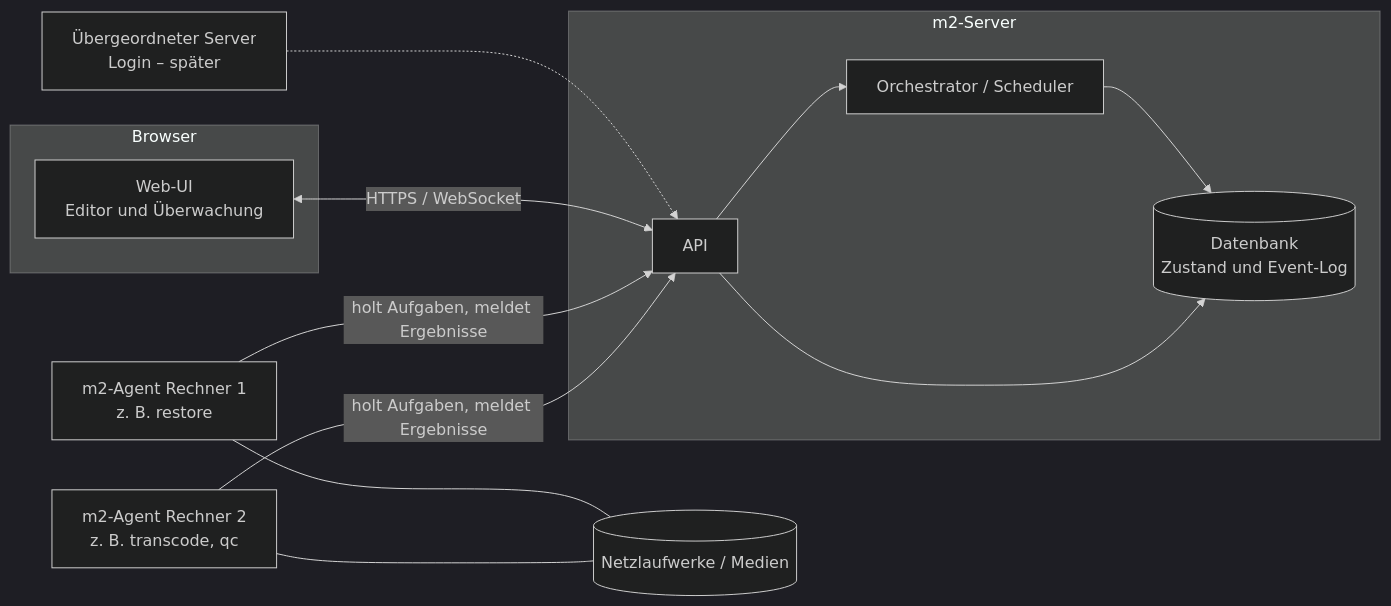
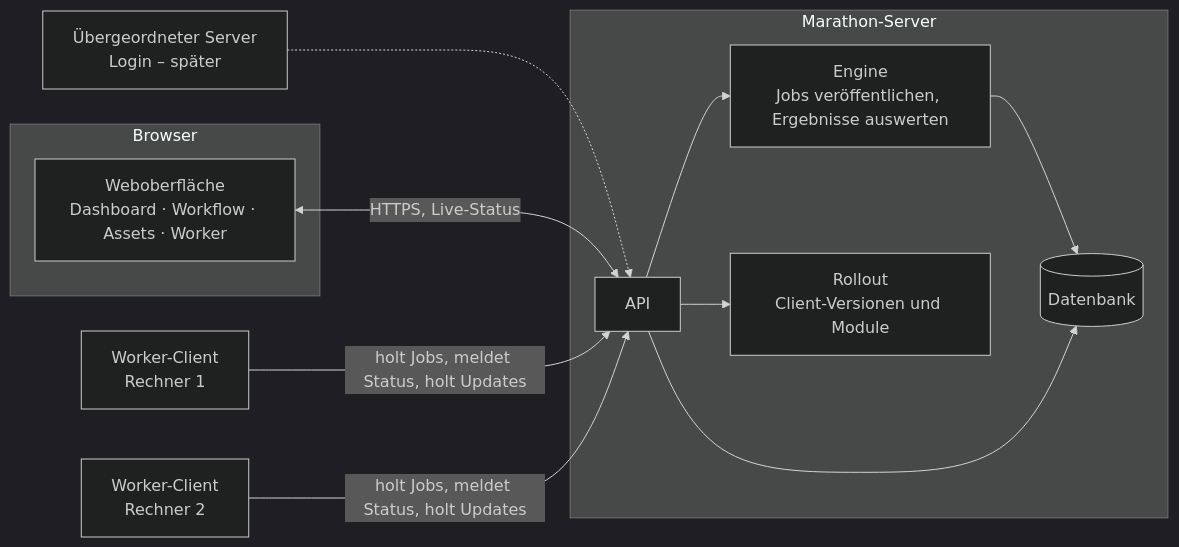
One commit to mrtnRitter/Marathon-2.0 changed the third of 3 diagrams in docs/m2_architektur_vorueberlegungen.md. Above: the diagram before and after it, drawn with Mermaid (dark theme). The commit also changed other lines of this file and 1 other file, not shown here.

````diff
--- a/docs/m2_architektur_vorueberlegungen.md
+++ b/docs/m2_architektur_vorueberlegungen.md
@@ -100,17 +110,16 @@
 ```mermaid
 flowchart LR
   subgraph Browser
-    UI[Web-UI<br/>Editor und Überwachung]
+    UI[Weboberfläche<br/>Dashboard · Workflow · Assets · Worker]
   end
-  subgraph Server[m2-Server]
-    API[API] --> ORCH[Orchestrator / Scheduler]
-    ORCH --> DB[(Datenbank<br/>Zustand und Event-Log)]
+  subgraph Server[Marathon-Server]
+    API[API] --> ENG[Engine<br/>Jobs veröffentlichen, Ergebnisse auswerten]
+    ENG --> DB[(Datenbank)]
     API --> DB
+    API --> REL[Rollout<br/>Client-Versionen und Module]
   end
   AUTH[Übergeordneter Server<br/>Login – später] -.-> API
-  UI <-->|HTTPS / WebSocket| API
-  A1[m2-Agent Rechner 1<br/>z. B. restore] -->|holt Aufgaben, meldet Ergebnisse| API
-  A2[m2-Agent Rechner 2<br/>z. B. transcode, qc] -->|holt Aufgaben, meldet Ergebnisse| API
-  A1 --- S[(Netzlaufwerke / Medien)]
-  A2 --- S
+  UI <-->|HTTPS, Live-Status| API
+  C1[Worker-Client<br/>Rechner 1] -->|holt Jobs, meldet Status, holt Updates| API
+  C2[Worker-Client<br/>Rechner 2] -->|holt Jobs, meldet Status, holt Updates| API
 ```
````
